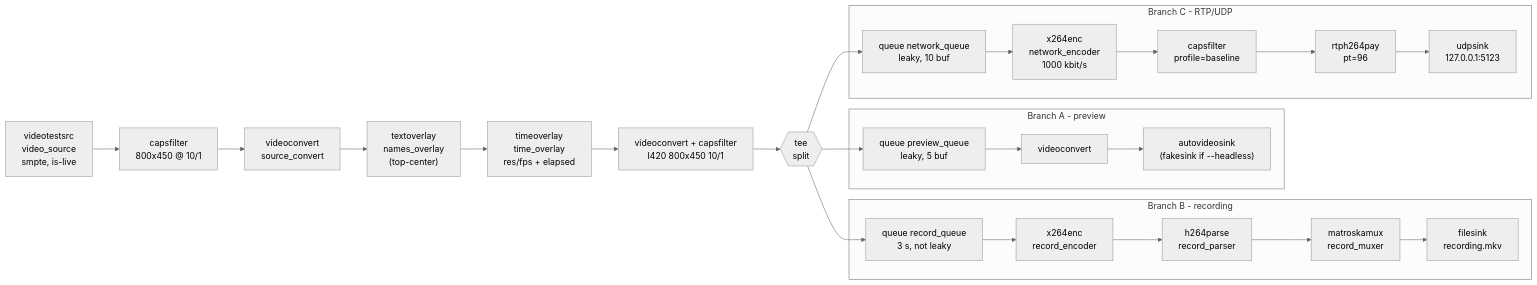
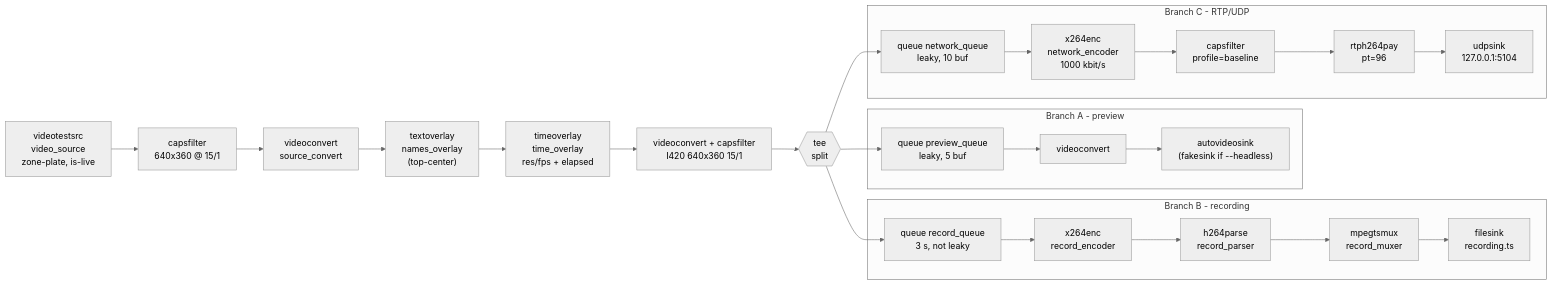
Before and after one commit to Nichenggan/Assignment_gstreamer: the diagram in architecture.md, drawn with Mermaid (neutral theme). The commit also changed other lines of this file and 2 other files, not shown here.

Commit message:
docs: update README, architecture and experiment for the team 4 configuration

````diff
--- a/architecture.md
+++ b/architecture.md
@@ -46,23 +48,23 @@
 ```mermaid
 flowchart LR
-    SRC["videotestsrc<br/>video_source<br/>smpte, is-live"] --> CAPS1["capsfilter<br/>800x450 @ 10/1"]
+    SRC["videotestsrc<br/>video_source<br/>zone-plate, is-live"] --> CAPS1["capsfilter<br/>640x360 @ 15/1"]
     CAPS1 --> CONV["videoconvert<br/>source_convert"]
     CONV --> NAMES["textoverlay<br/>names_overlay<br/>(top-center)"]
     NAMES --> TIME["timeoverlay<br/>time_overlay<br/>res/fps + elapsed"]
-    TIME --> CAPS2["videoconvert + capsfilter<br/>I420 800x450 10/1"]
+    TIME --> CAPS2["videoconvert + capsfilter<br/>I420 640x360 15/1"]
     CAPS2 --> TEE{{"tee<br/>split"}}
 
     subgraph A["Branch A - preview"]
         QA["queue preview_queue<br/>leaky, 5 buf"] --> VCA["videoconvert"] --> SA["autovideosink<br/>(fakesink if --headless)"]
     end
     subgraph B["Branch B - recording"]
-        QB["queue record_queue<br/>3 s, not leaky"] --> EB["x264enc<br/>record_encoder"] --> PB["h264parse<br/>record_parser"] --> MB["matroskamux<br/>record_muxer"] --> FB["filesink<br/>recording.mkv"]
+        QB["queue record_queue<br/>3 s, not leaky"] --> EB["x264enc<br/>record_encoder"] --> PB["h264parse<br/>record_parser"] --> MB["mpegtsmux<br/>record_muxer"] --> FB["filesink<br/>recording.ts"]
     end
     subgraph C["Branch C - RTP/UDP"]
-        QC["queue network_queue<br/>leaky, 10 buf"] --> EC["x264enc<br/>network_encoder<br/>1000 kbit/s"] --> CC["capsfilter<br/>profile=baseline"] --> PC["rtph264pay<br/>pt=96"] --> UC["udpsink<br/>127.0.0.1:5123"]
+        QC["queue network_queue<br/>leaky, 10 buf"] --> EC["x264enc<br/>network_encoder<br/>1000 kbit/s"] --> CC["capsfilter<br/>profile=baseline"] --> PC["rtph264pay<br/>pt=96"] --> UC["udpsink<br/>127.0.0.1:5104"]
     end
 
     TEE --> QA
     TEE --> QB
     TEE --> QC
 ```
````
